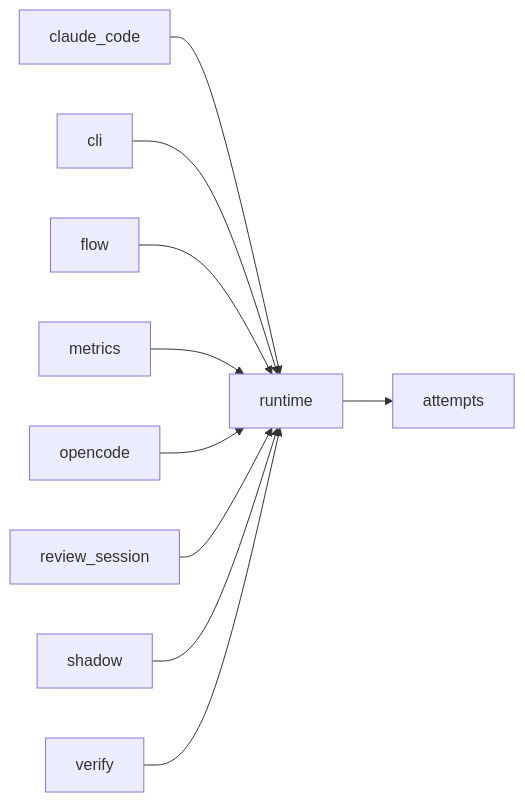
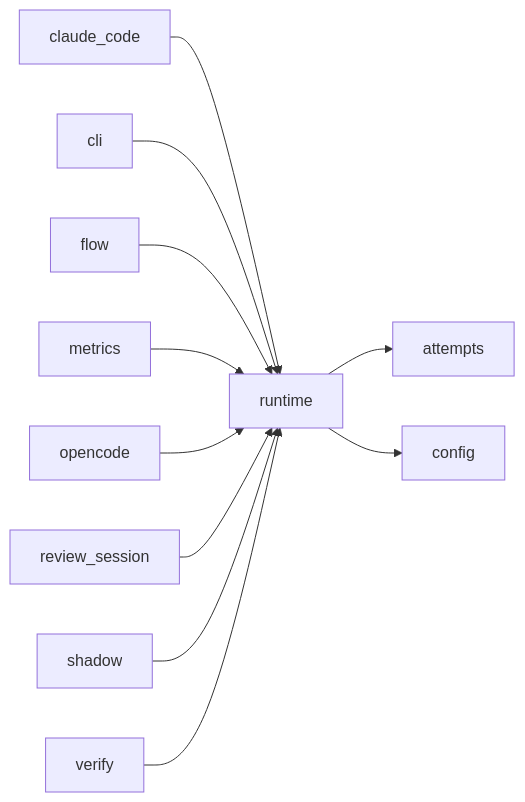
One commit to plaplanche/ariane changed the third of 3 diagrams in docs/architecture/modules/runtime.md. Above: the diagram before and after it, drawn with Mermaid. The commit also changed other lines of this file and 10 other files, not shown here.

````diff
--- a/docs/architecture/modules/runtime.md
+++ b/docs/architecture/modules/runtime.md
@@ -70,12 +79,13 @@
 ```mermaid
 flowchart LR
   claude_code --> runtime
   cli --> runtime
   flow --> runtime
   metrics --> runtime
   opencode --> runtime
   review_session --> runtime
   runtime --> attempts
+  runtime --> config
   shadow --> runtime
   verify --> runtime
 ```
````
